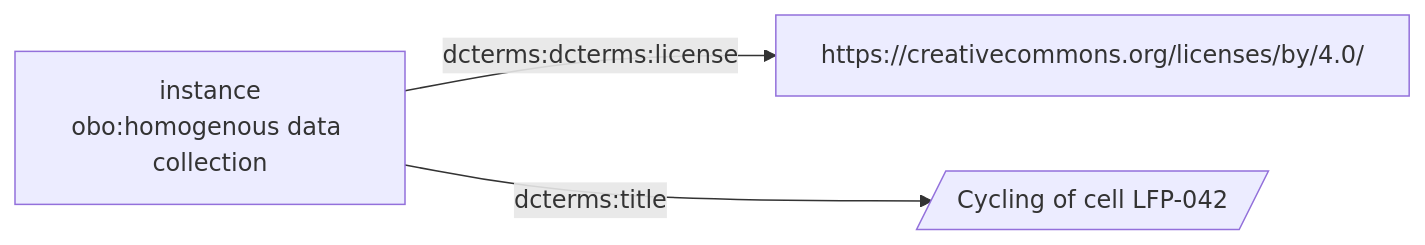
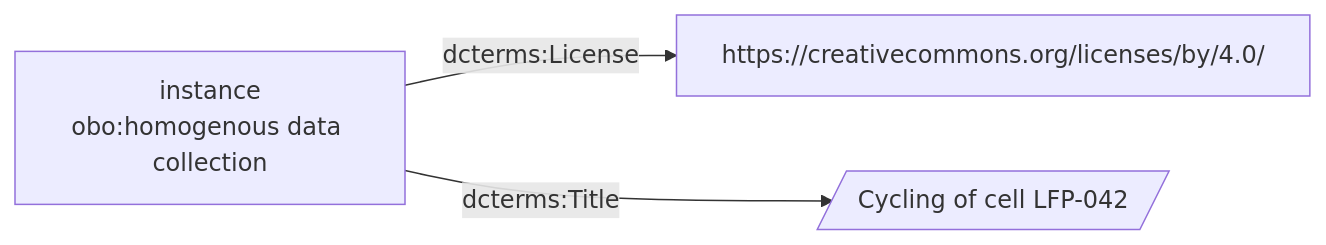
The diagram in generated/datasets/Dataset.pmdco.mmd (OO-LD/oold-reference-schemas), drawn with Mermaid before and after one commit. The commit also changed 15 other files, not shown here.

```diff
--- a/generated/datasets/Dataset.pmdco.mmd
+++ b/generated/datasets/Dataset.pmdco.mmd
@@ -1,6 +1,6 @@
 flowchart LR
   n0["instance<br>obo:homogenous data collection"]
   n1["https://creativecommons.org/licenses/by/4.0/"]
   n2[/"Cycling of cell LFP-042"/]
-  n0 -->|dcterms:dcterms:license| n1
-  n0 -->|dcterms:title| n2
+  n0 -->|dcterms:License| n1
+  n0 -->|dcterms:Title| n2
```
